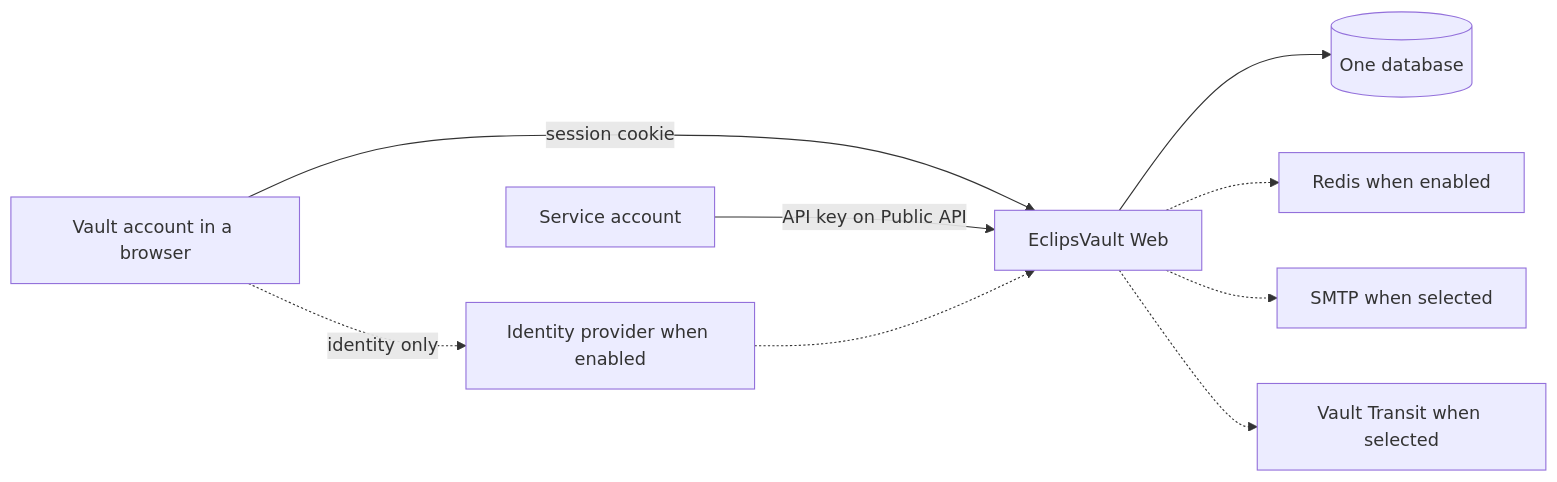
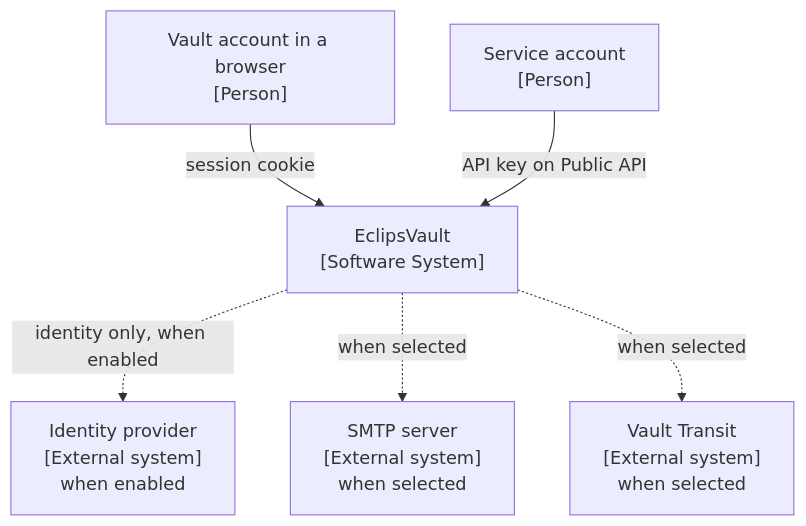
The first of 5 diagrams in docs/presentation/defence-draft/diagrams.md (sabysabashvily/EclipsVault), drawn with Mermaid before and after one commit. The commit also changed other lines of this file and 11 other files, not shown here.

First line of the commit message:
Draw the vault as one C4 system and render the diagrams

````diff
--- a/docs/presentation/defence-draft/diagrams.md
+++ b/docs/presentation/defence-draft/diagrams.md
@@ -16,20 +24,15 @@
 ```mermaid
-flowchart LR
-  person[Vault account in a browser]
-  service[Service account]
-  vault[EclipsVault Web]
-  db[(One database)]
-  redis[Redis when enabled]
-  smtp[SMTP when selected]
-  kms[Vault Transit when selected]
-  idp[Identity provider when enabled]
+flowchart TB
+  person["Vault account in a browser<br/>[Person]"]
+  service["Service account<br/>[Person]"]
+  vault["EclipsVault<br/>[Software System]"]
+  idp["Identity provider<br/>[External system]<br/>when enabled"]
+  smtp["SMTP server<br/>[External system]<br/>when selected"]
+  kms["Vault Transit<br/>[External system]<br/>when selected"]
 
   person -->|session cookie| vault
   service -->|API key on Public API| vault
-  vault --> db
-  vault -.-> redis
-  vault -.-> smtp
-  vault -.-> kms
-  person -.->|identity only| idp
-  idp -.-> vault
+  vault -.->|identity only, when enabled| idp
+  vault -.->|when selected| smtp
+  vault -.->|when selected| kms
 ```
````
